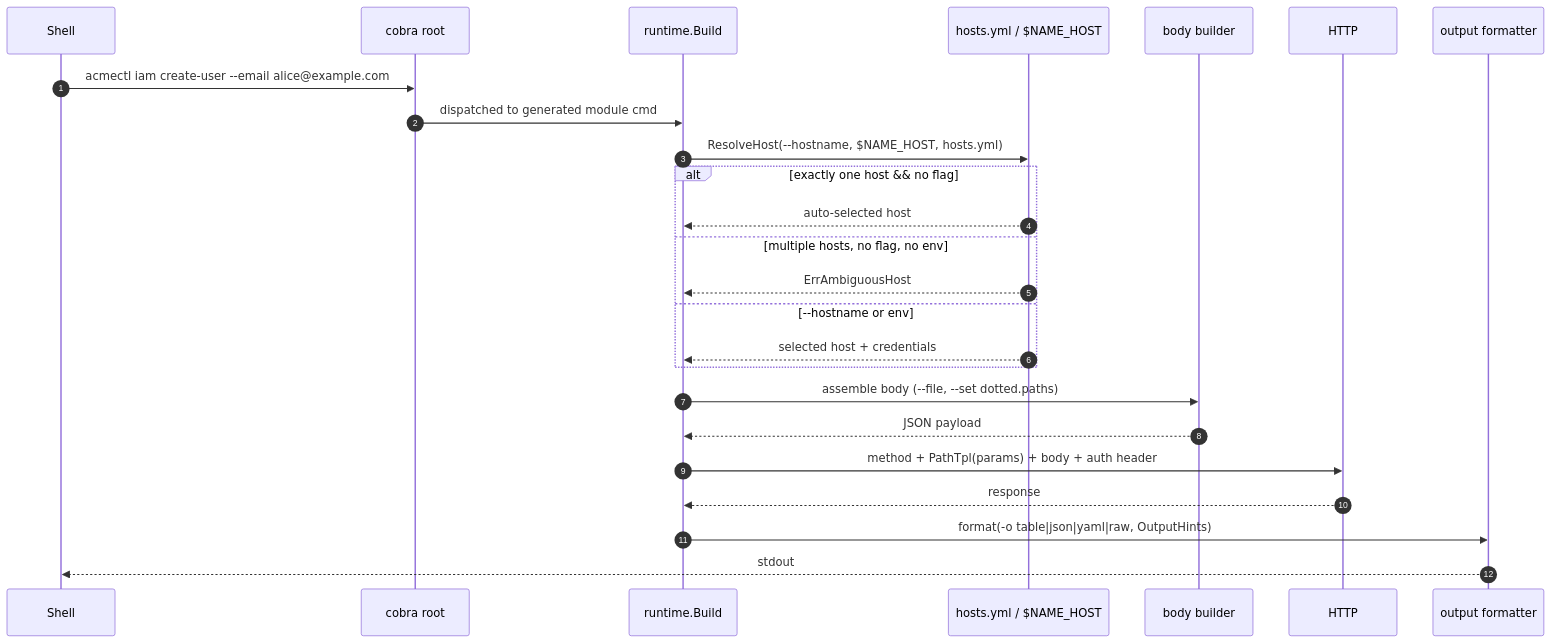
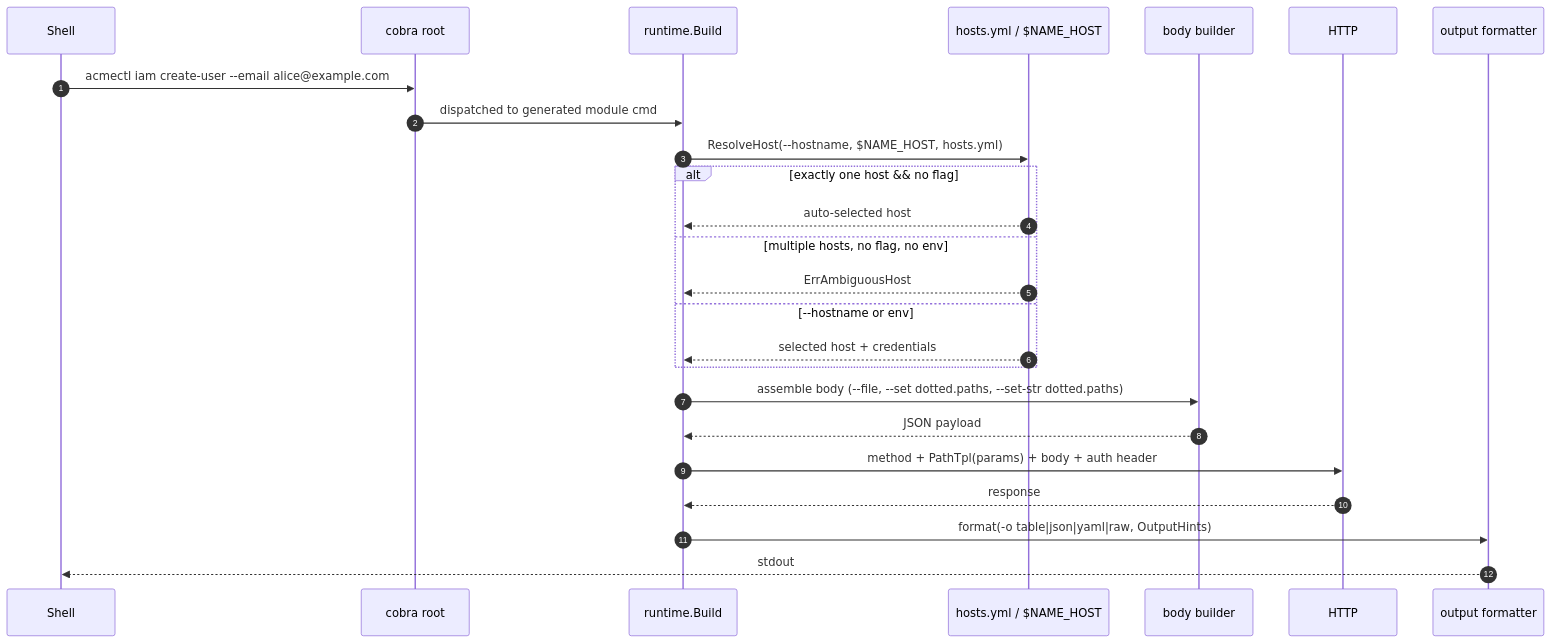
Before and after one commit to samzong/lathe: the fifth of 5 diagrams in docs/architecture.md, drawn with Mermaid. The commit also changed 10 other files, not shown here.

First line of the commit message:
fix(runtime): handle body string fields and schema errors

````diff
--- a/docs/architecture.md
+++ b/docs/architecture.md
@@ -223,31 +223,31 @@
 ```mermaid
 sequenceDiagram
     autonumber
     participant Shell
     participant Root as cobra root
     participant Runner as runtime.Build
     participant Host as hosts.yml / $NAME_HOST
     participant Body as body builder
     participant HTTP
     participant Out as output formatter
 
     Shell->>Root: acmectl iam create-user --email alice@example.com
     Root->>Runner: dispatched to generated module cmd
     Runner->>Host: ResolveHost(--hostname, $NAME_HOST, hosts.yml)
     alt exactly one host && no flag
         Host-->>Runner: auto-selected host
     else multiple hosts, no flag, no env
         Host-->>Runner: ErrAmbiguousHost
     else --hostname or env
         Host-->>Runner: selected host + credentials
     end
 
-    Runner->>Body: assemble body (--file, --set dotted.paths)
+    Runner->>Body: assemble body (--file, --set dotted.paths, --set-str dotted.paths)
     Body-->>Runner: JSON payload
 
     Runner->>HTTP: method + PathTpl(params) + body + auth header
     HTTP-->>Runner: response
 
     Runner->>Out: format(-o table|json|yaml|raw, OutputHints)
     Out-->>Shell: stdout
 ```
````
